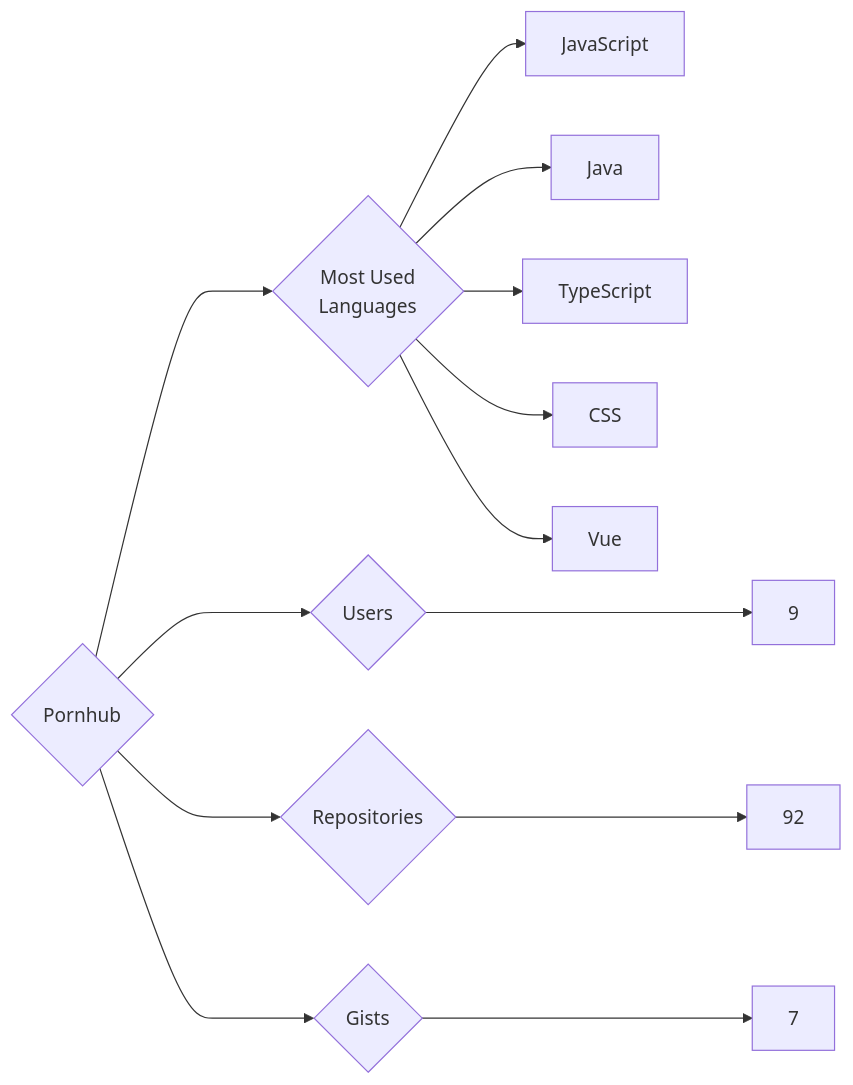
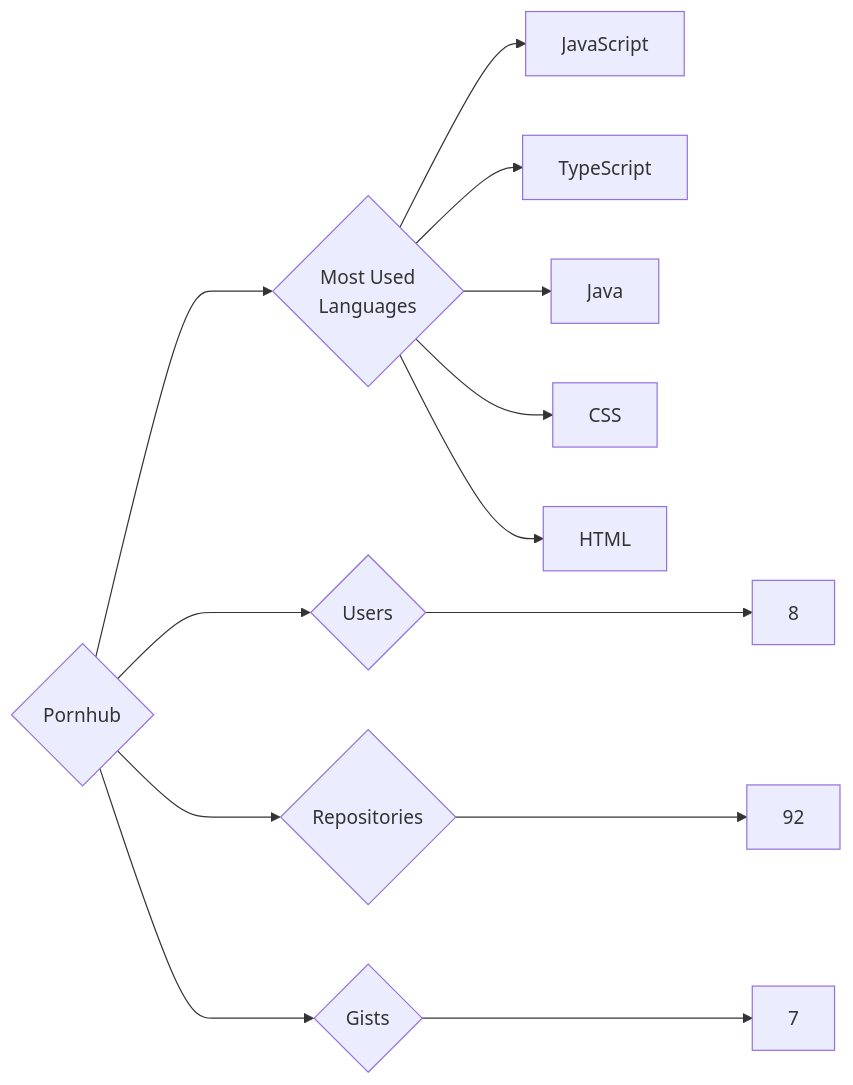
The diagram in targets/Pornhub/README.md (trickest/insiders), drawn with Mermaid before and after one commit. The commit also changed 940 other files, not shown here.

````diff
--- a/targets/Pornhub/README.md
+++ b/targets/Pornhub/README.md
@@ -3,13 +3,13 @@
 ```mermaid
 graph LR
 COMPANY_NAME{Pornhub}
-COMPANY_NAME ---> U{Users} ---> UN[9]
+COMPANY_NAME ---> U{Users} ---> UN[8]
 COMPANY_NAME ---> R{Repositories} ---> RN[92]
 COMPANY_NAME ---> G{Gists} ---> GN[7]
 COMPANY_NAME ---> ML{Most Used<br>Languages}
 ML --> JavaScript[JavaScript]
+ML --> TypeScript[TypeScript]
 ML --> Java[Java]
-ML --> TypeScript[TypeScript]
 ML --> CSS[CSS]
-ML --> Vue[Vue]
+ML --> HTML[HTML]
 ```
````
